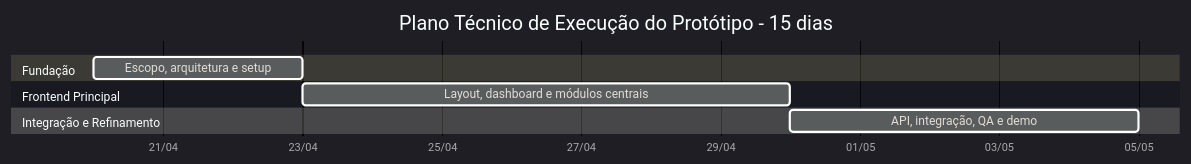
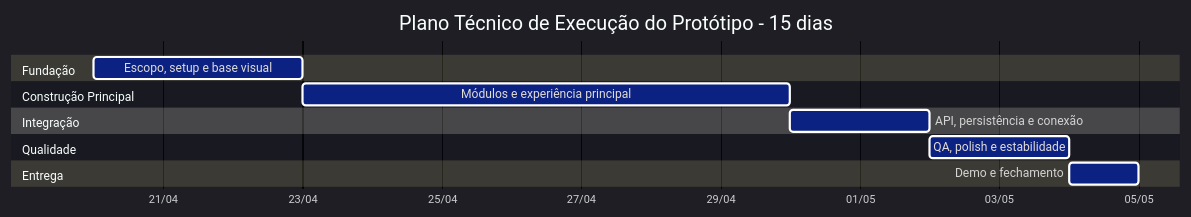
One commit to NickDevHolz/Terra-Conecta changed diagram 12 of 12 in Terra Conecta — Proposta Institucional, Comercial e Técnica.md. Above: the diagram before and after it, drawn with Mermaid. The commit also changed other lines of this file, not shown here.

````diff
--- a/Terra Conecta — Proposta Institucional, Comercial e Técnica.md
+++ b/Terra Conecta — Proposta Institucional, Comercial e Técnica.md
@@ -1045,23 +1661,35 @@
 ```mermaid
 %%{init: {
 'theme':'dark',
 'themeVariables':{
 'background':'#020617',
+'mainBkg':'#020617',
+'secondBkg':'#0f172a',
+'tertiaryColor':'#111827',
 'primaryColor':'#22d3ee',
 'primaryTextColor':'#f8fafc',
 'primaryBorderColor':'#39ff14',
-'lineColor':'#c084fc',
 'secondaryColor':'#0f172a',
-'tertiaryColor':'#111827'
+'secondaryTextColor':'#e2e8f0',
+'secondaryBorderColor':'#a855f7',
+'lineColor':'#22d3ee',
+'textColor':'#f8fafc',
+'clusterBkg':'#020617',
+'clusterBorder':'#a855f7',
+'defaultLinkColor':'#22d3ee'
 }}}%%
 gantt
 title Plano Técnico de Execução do Protótipo - 15 dias
 dateFormat  YYYY-MM-DD
 axisFormat  %d/%m
 section Fundação
-Escopo, arquitetura e setup           :a1, 2026-04-20, 3d
-section Frontend Principal
-Layout, dashboard e módulos centrais  :a2, after a1, 7d
-section Integração e Refinamento
-API, integração, QA e demo            :a3, after a2, 5d
+Escopo, setup e base visual           :a1, 2026-04-20, 3d
+section Construção Principal
+Módulos e experiência principal       :a2, after a1, 7d
+section Integração
+API, persistência e conexão           :a3, after a2, 2d
+section Qualidade
+QA, polish e estabilidade             :a4, after a3, 2d
+section Entrega
+Demo e fechamento                     :a5, after a4, 1d
 ```
````
